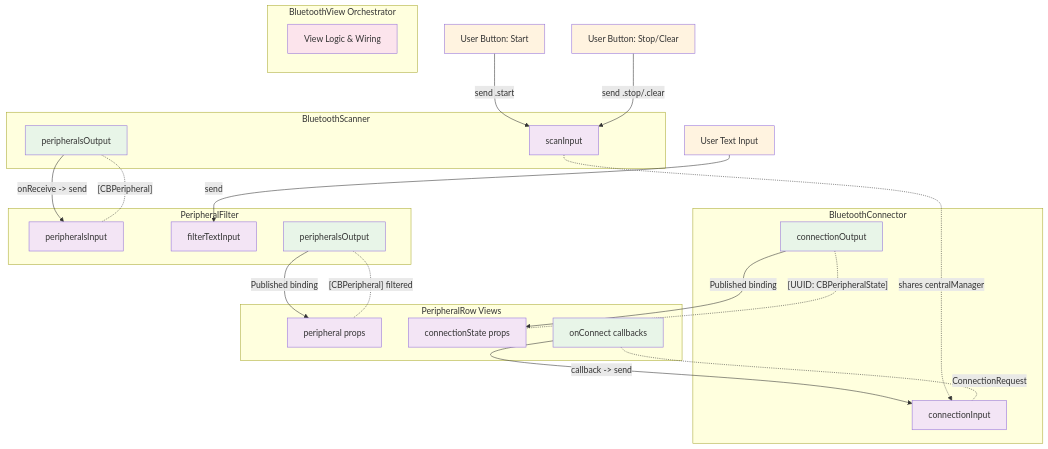
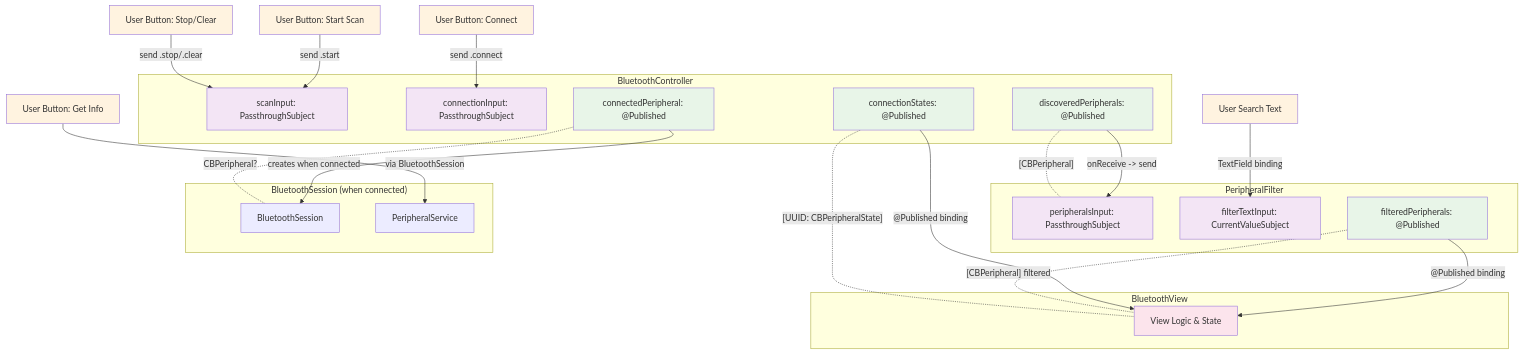
Before and after one commit to maxim-biolinq/BluetoothDemo: the diagram in BluetoothComponents/Sources/BluetoothComponents/docs/system-wiring-diagram.md, drawn with Mermaid. The commit also changed other lines of this file and 5 other files, not shown here.

````diff
--- a/BluetoothComponents/Sources/BluetoothComponents/docs/system-wiring-diagram.md
+++ b/BluetoothComponents/Sources/BluetoothComponents/docs/system-wiring-diagram.md
@@ -7,66 +7,64 @@
 ```mermaid
 graph TD
     %% External Inputs
-    UT[User Text Input]
-    UB1[User Button: Start]
+    UT[User Search Text]
+    UB1[User Button: Start Scan]
     UB2[User Button: Stop/Clear]
+    UB3[User Button: Connect]
+    UB4[User Button: Get Info]
 
-    %% Components
-    subgraph "BluetoothScanner"
-        BSI[scanInput]
-        BSO[peripheralsOutput]
+    %% Main Components
+    subgraph "BluetoothController"
+        BSI[scanInput: PassthroughSubject]
+        BCI[connectionInput: PassthroughSubject]
+        BSO[discoveredPeripherals: @Published]
+        BCO[connectionStates: @Published]
+        BCP[connectedPeripheral: @Published]
     end
 
     subgraph "PeripheralFilter"
-        PFI1[peripheralsInput]
-        PFI2[filterTextInput]
-        PFO[peripheralsOutput]
+        PFI1[peripheralsInput: PassthroughSubject]
+        PFI2[filterTextInput: CurrentValueSubject]
+        PFO[filteredPeripherals: @Published]
     end
 
-    subgraph "BluetoothConnector"
-        BCI[connectionInput]
-        BCO[connectionOutput]
+    subgraph "BluetoothSession (when connected)"
+        BSS[BluetoothSession]
+        PS[PeripheralService]
     end
 
-    subgraph "PeripheralRow Views"
-        PRI1[peripheral props]
-        PRI2[connectionState props]
-        PRO[onConnect callbacks]
-    end
-
-    subgraph "BluetoothView Orchestrator"
-        BV[View Logic & Wiring]
+    subgraph "BluetoothView"
+        BV[View Logic & State]
     end
 
     %% User Input Wiring
-    UT --> |send| PFI2
+    UT --> |TextField binding| PFI2
     UB1 --> |send .start| BSI
     UB2 --> |send .stop/.clear| BSI
+    UB3 --> |send .connect| BCI
+    UB4 --> |via BluetoothSession| PS
 
-    %% Component Output to Input Wiring
-    BSO --> |onReceive -> send| PFI1
-    PFO --> |Published binding| PRI1
-    BCO --> |Published binding| PRI2
-    PRO --> |callback -> send| BCI
-
-    %% Shared Resources
-    BSI -.-> |shares centralManager| BCI
+    %% Component Wiring
+    BSO --> |"onReceive -> send"| PFI1
+    PFO --> |"@Published binding"| BV
+    BCO --> |"@Published binding"| BV
+    BCP --> |"creates when connected"| BSS
 
     %% Data Flow Labels
     BSO -.- |"[CBPeripheral]"| PFI1
-    PFO -.- |"[CBPeripheral] filtered"| PRI1
-    BCO -.- |"[UUID: CBPeripheralState]"| PRI2
-    PRO -.- |"ConnectionRequest"| BCI
+    PFO -.- |"[CBPeripheral] filtered"| BV
+    BCO -.- |"[UUID: CBPeripheralState]"| BV
+    BCP -.- |"CBPeripheral?"| BSS
 
     %% Styling
     classDef userInput fill:#fff3e0
     classDef component fill:#e1f5fe
     classDef input fill:#f3e5f5
     classDef output fill:#e8f5e8
-    classDef orchestrator fill:#fce4ec
+    classDef view fill:#fce4ec
 
-    class UT,UB1,UB2 userInput
-    class BSI,PFI1,PFI2,BCI,PRI1,PRI2 input
-    class BSO,PFO,BCO,PRO output
-    class BV orchestrator
+    class UT,UB1,UB2,UB3,UB4 userInput
+    class BSI,BCI,PFI1,PFI2 input
+    class BSO,BCO,BCP,PFO output
+    class BV view
 ```
````
